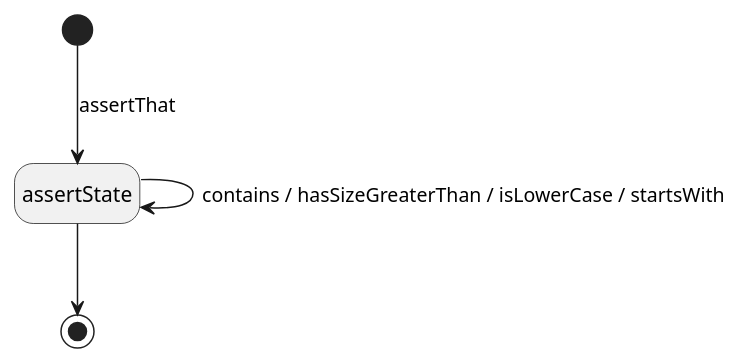
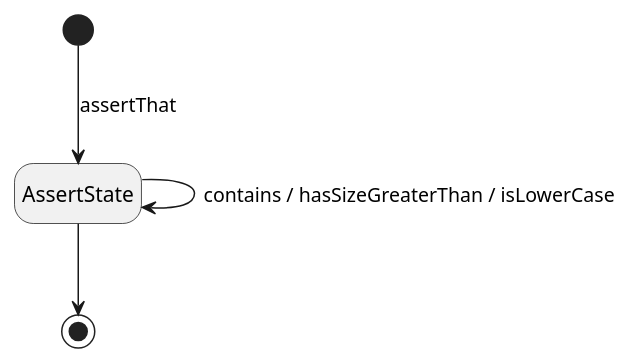
One commit to colbs255/tech-blog changed the diagram in content/assertJ-state-diagram.puml. Above: the diagram before and after it, drawn with PlantUML. The commit also changed 2 other files, not shown here.

```diff
--- a/content/assertJ-state-diagram.puml
+++ b/content/assertJ-state-diagram.puml
@@ -1,7 +1,7 @@
 @startuml
 hide empty description
-[*] --> assertState: assertThat
-assertState --> [*]
+[*] --> AssertState: assertThat
+AssertState --> [*]
 
-assertState --> assertState: contains / hasSizeGreaterThan / isLowerCase / startsWith
+AssertState --> AssertState: contains / hasSizeGreaterThan / isLowerCase
 @enduml
```
